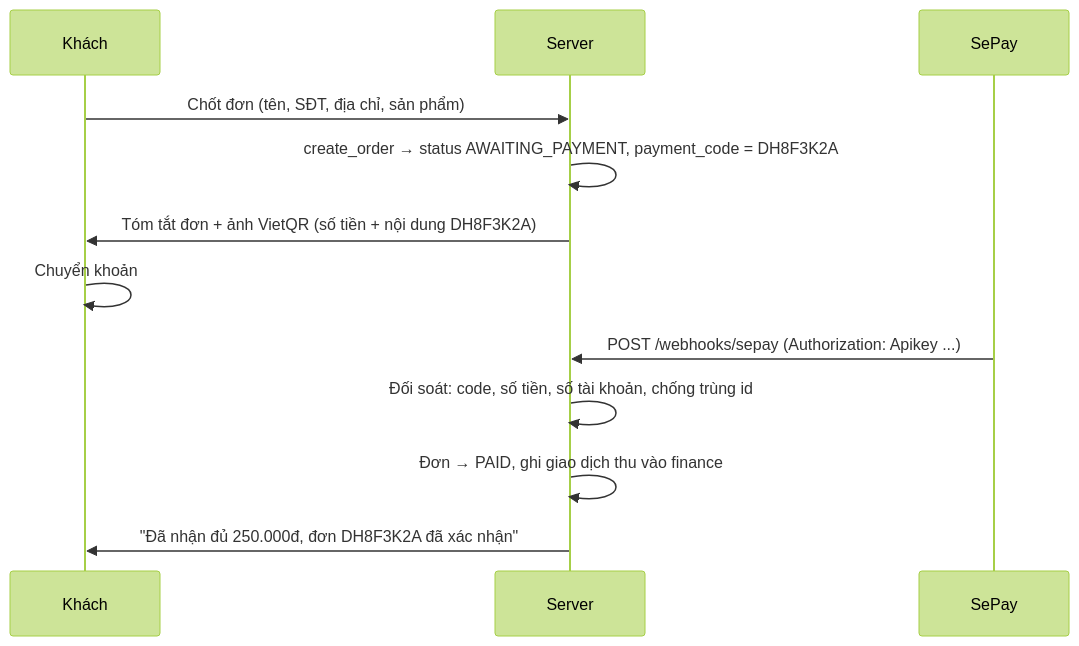
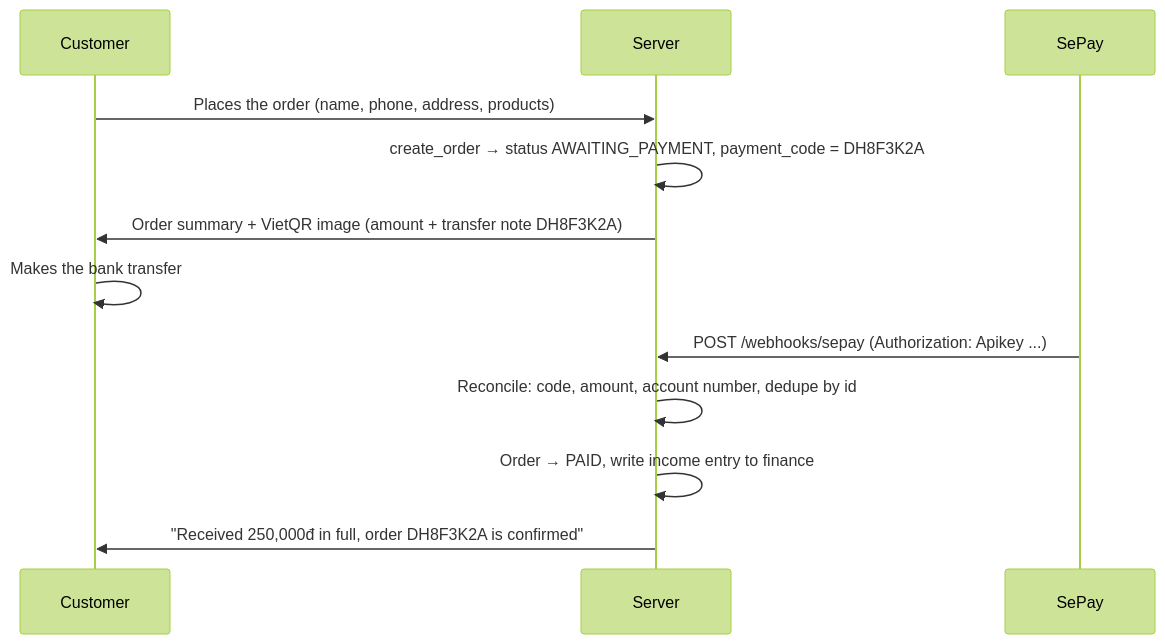
One commit to TDVien05/ai_ecommerce_assisstant changed the third of 4 diagrams in docs/ARCHITECTURE.md. Above: the diagram before and after it, drawn with Mermaid (forest theme). The commit also changed other lines of this file and 8 other files, not shown here.

````diff
--- a/docs/ARCHITECTURE.md
+++ b/docs/ARCHITECTURE.md
@@ -83,14 +83,14 @@
 ```mermaid
 sequenceDiagram
-  participant C as Khách
+  participant C as Customer
   participant S as Server
   participant SP as SePay
-  C->>S: Chốt đơn (tên, SĐT, địa chỉ, sản phẩm)
+  C->>S: Places the order (name, phone, address, products)
   S->>S: create_order → status AWAITING_PAYMENT, payment_code = DH8F3K2A
-  S->>C: Tóm tắt đơn + ảnh VietQR (số tiền + nội dung DH8F3K2A)
-  C->>C: Chuyển khoản
+  S->>C: Order summary + VietQR image (amount + transfer note DH8F3K2A)
+  C->>C: Makes the bank transfer
   SP->>S: POST /webhooks/sepay (Authorization: Apikey ...)
-  S->>S: Đối soát: code, số tiền, số tài khoản, chống trùng id
-  S->>S: Đơn → PAID, ghi giao dịch thu vào finance
-  S->>C: "Đã nhận đủ 250.000đ, đơn DH8F3K2A đã xác nhận"
+  S->>S: Reconcile: code, amount, account number, dedupe by id
+  S->>S: Order → PAID, write income entry to finance
+  S->>C: "Received 250,000đ in full, order DH8F3K2A is confirmed"
 ```
````
